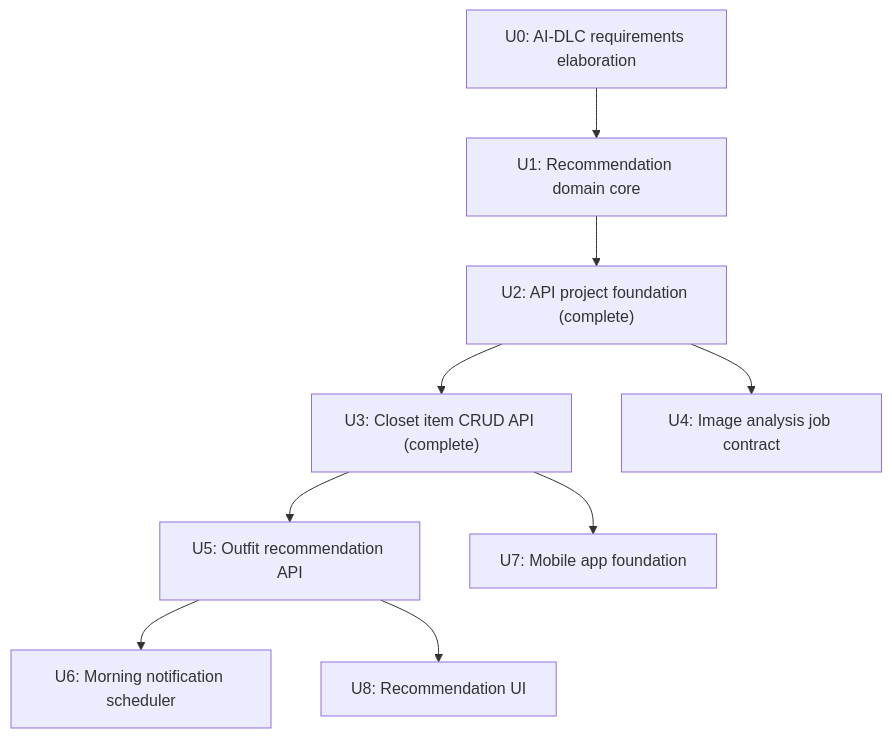
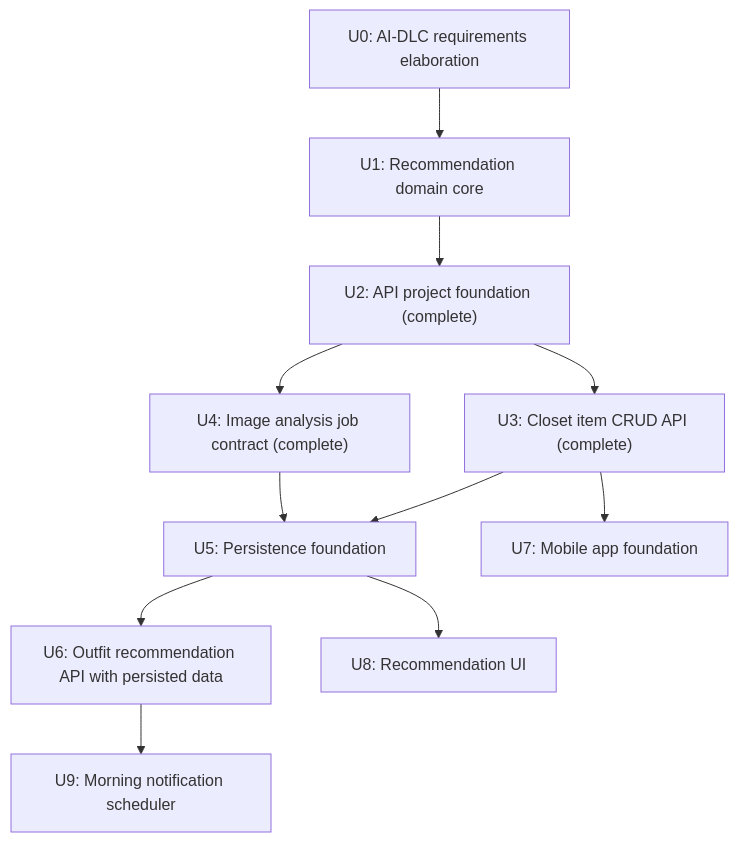
Before and after one commit to idealization/Fitlog: the diagram in requirements/ai_dlc/00_intent.md, drawn with Mermaid. The commit also changed other lines of this file and 12 other files, not shown here.

Commit message:
Add image analysis job contract

````diff
--- a/requirements/ai_dlc/00_intent.md
+++ b/requirements/ai_dlc/00_intent.md
@@ -30,11 +30,13 @@
 ```mermaid
 flowchart TD
     U0["U0: AI-DLC requirements elaboration"] --> U1["U1: Recommendation domain core"]
     U1 --> U2["U2: API project foundation (complete)"]
     U2 --> U3["U3: Closet item CRUD API (complete)"]
-    U2 --> U4["U4: Image analysis job contract"]
-    U3 --> U5["U5: Outfit recommendation API"]
-    U5 --> U6["U6: Morning notification scheduler"]
+    U2 --> U4["U4: Image analysis job contract (complete)"]
+    U3 --> U5["U5: Persistence foundation"]
+    U4 --> U5
+    U5 --> U6["U6: Outfit recommendation API with persisted data"]
+    U6 --> U9["U9: Morning notification scheduler"]
     U3 --> U7["U7: Mobile app foundation"]
     U5 --> U8["U8: Recommendation UI"]
 ```
````
